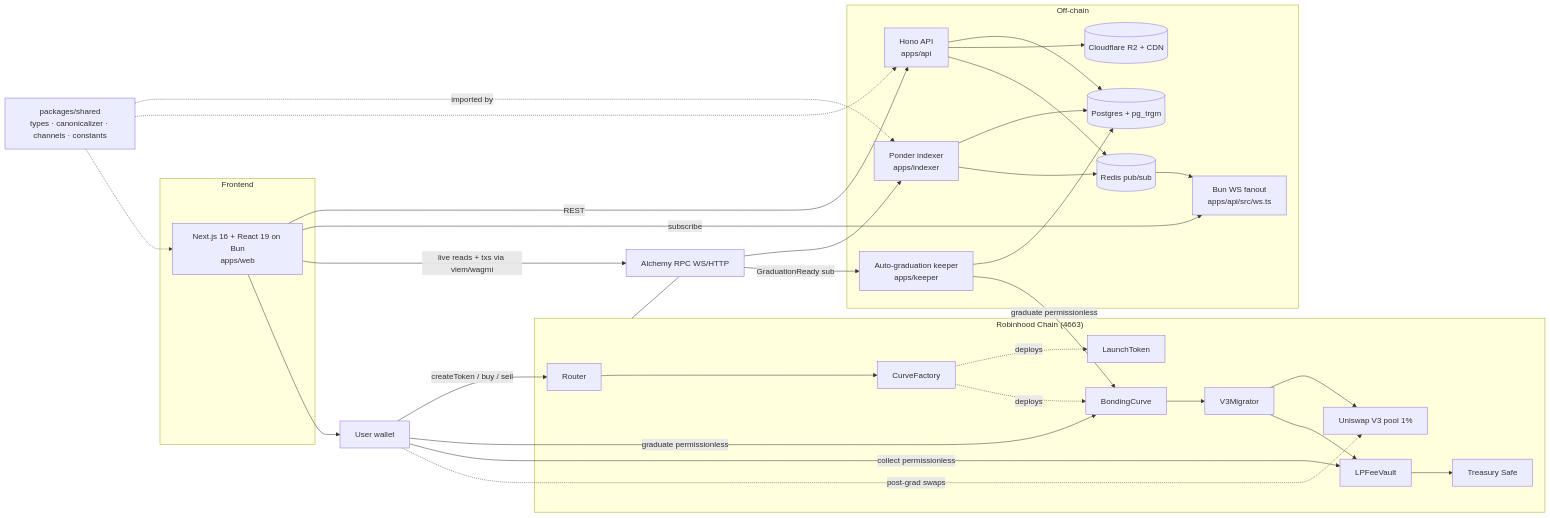
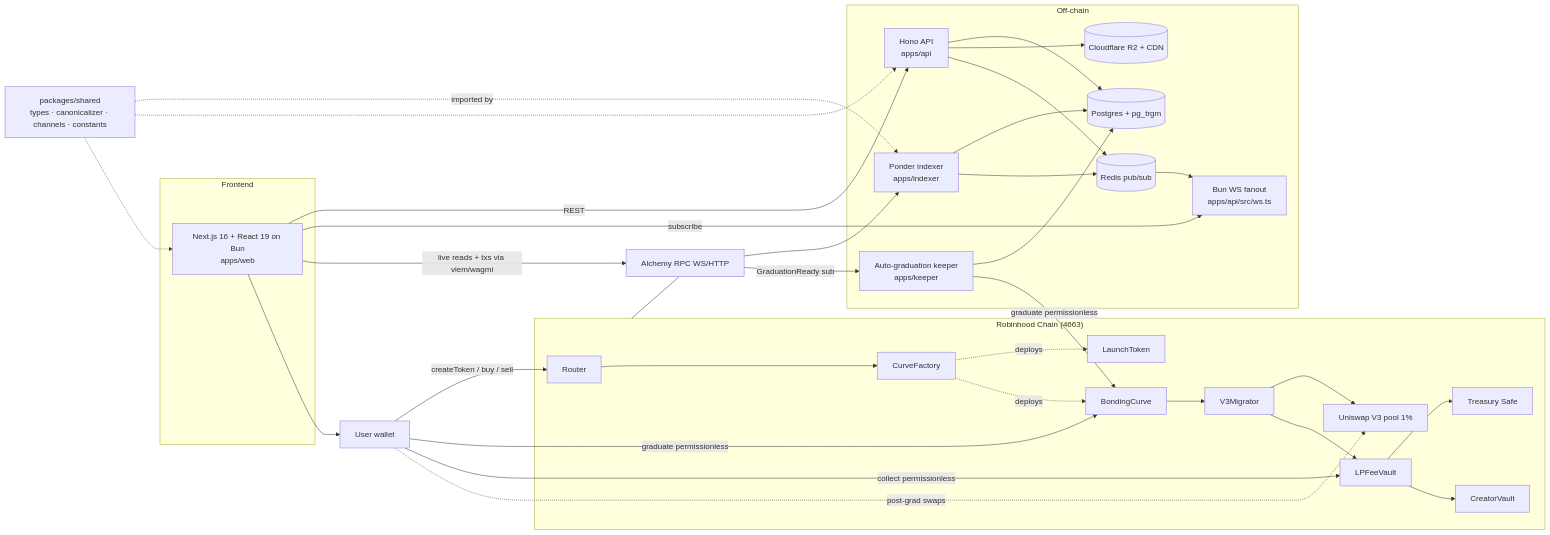
The diagram in docs/developers/architecture.md (robbed-fun/robbed), drawn with Mermaid before and after one commit. The commit also changed other lines of this file and 632 other files, not shown here.

````diff
--- a/docs/developers/architecture.md
+++ b/docs/developers/architecture.md
@@ -11,45 +11,46 @@
 ```mermaid
 flowchart LR
     subgraph chain["Robinhood Chain (4663)"]
         RTR[Router] --> CF[CurveFactory]
         CF -.deploys.-> LT[LaunchToken]
         CF -.deploys.-> BC[BondingCurve]
         BC --> MIG[V3Migrator]
         MIG --> POOL[Uniswap V3 pool 1%]
         MIG --> VAULT[LPFeeVault]
         VAULT --> SAFE[Treasury Safe]
+        VAULT --> CV[CreatorVault]
     end
 
     WALLET[User wallet] -->|createToken / buy / sell| RTR
     WALLET -->|graduate permissionless| BC
     WALLET -->|collect permissionless| VAULT
     WALLET -.->|post-grad swaps| POOL
 
     subgraph offchain["Off-chain"]
         PONDER[Ponder indexer<br/>apps/indexer] --> PG[(Postgres + pg_trgm)]
         PONDER --> REDIS[(Redis pub/sub)]
         REDIS --> WS[Bun WS fanout<br/>apps/api/src/ws.ts]
         API[Hono API<br/>apps/api] --> PG
         API --> R2[(Cloudflare R2 + CDN)]
         API --> REDIS
         KEEPER[Auto-graduation keeper<br/>apps/keeper] --> PG
     end
 
     RPC[Alchemy RPC WS/HTTP] --> PONDER
     RPC -->|GraduationReady sub| KEEPER
     KEEPER -->|graduate permissionless| BC
     chain --- RPC
 
     subgraph fe["Frontend"]
         WEB[Next.js 16 + React 19 on Bun<br/>apps/web]
     end
 
     WEB -->|REST| API
     WEB -->|subscribe| WS
     WEB -->|live reads + txs via viem/wagmi| RPC
     WEB --> WALLET
 
     SHARED[packages/shared<br/>types · canonicalizer · channels · constants] -.imported by.-> PONDER
     SHARED -.-> API
     SHARED -.-> WEB
 ```
````
